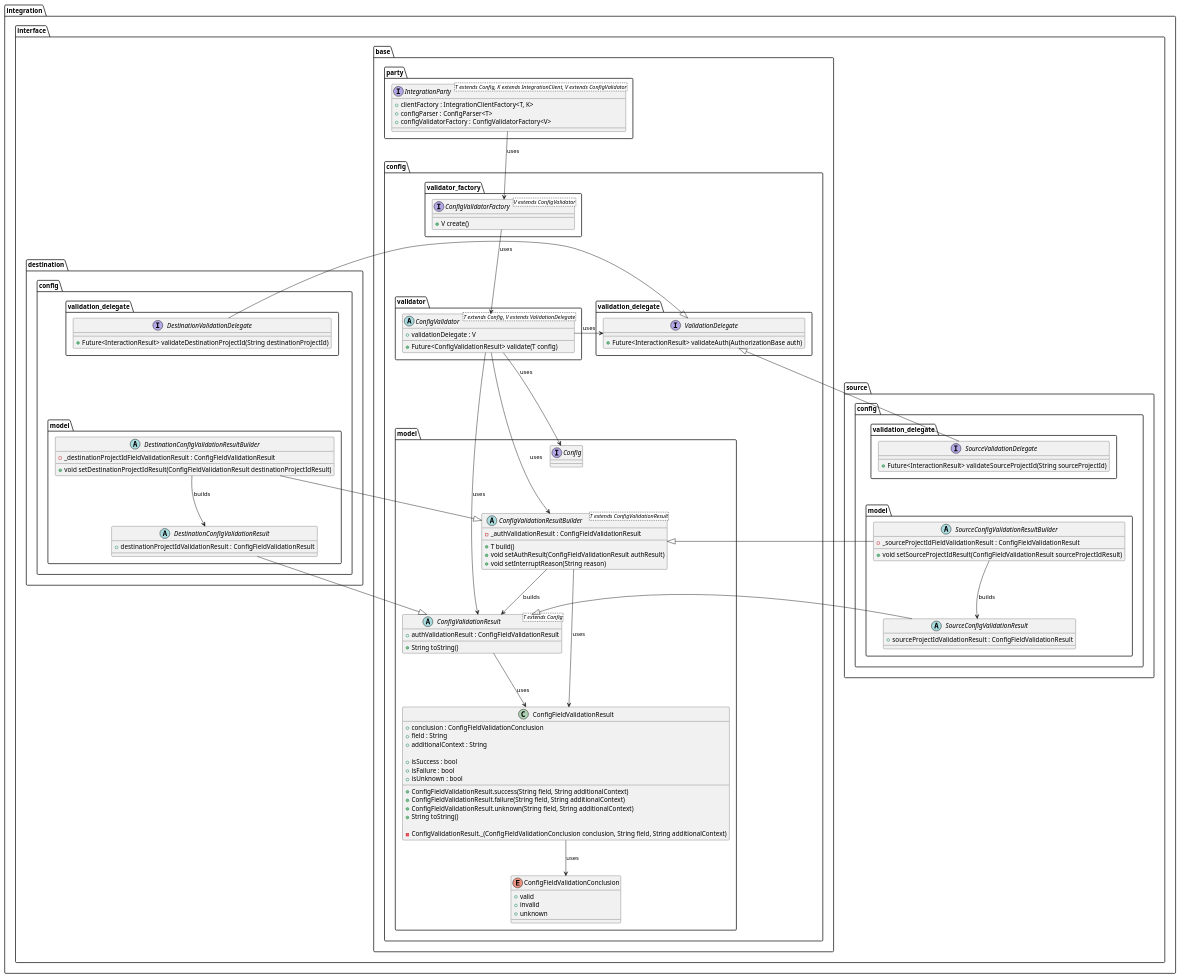
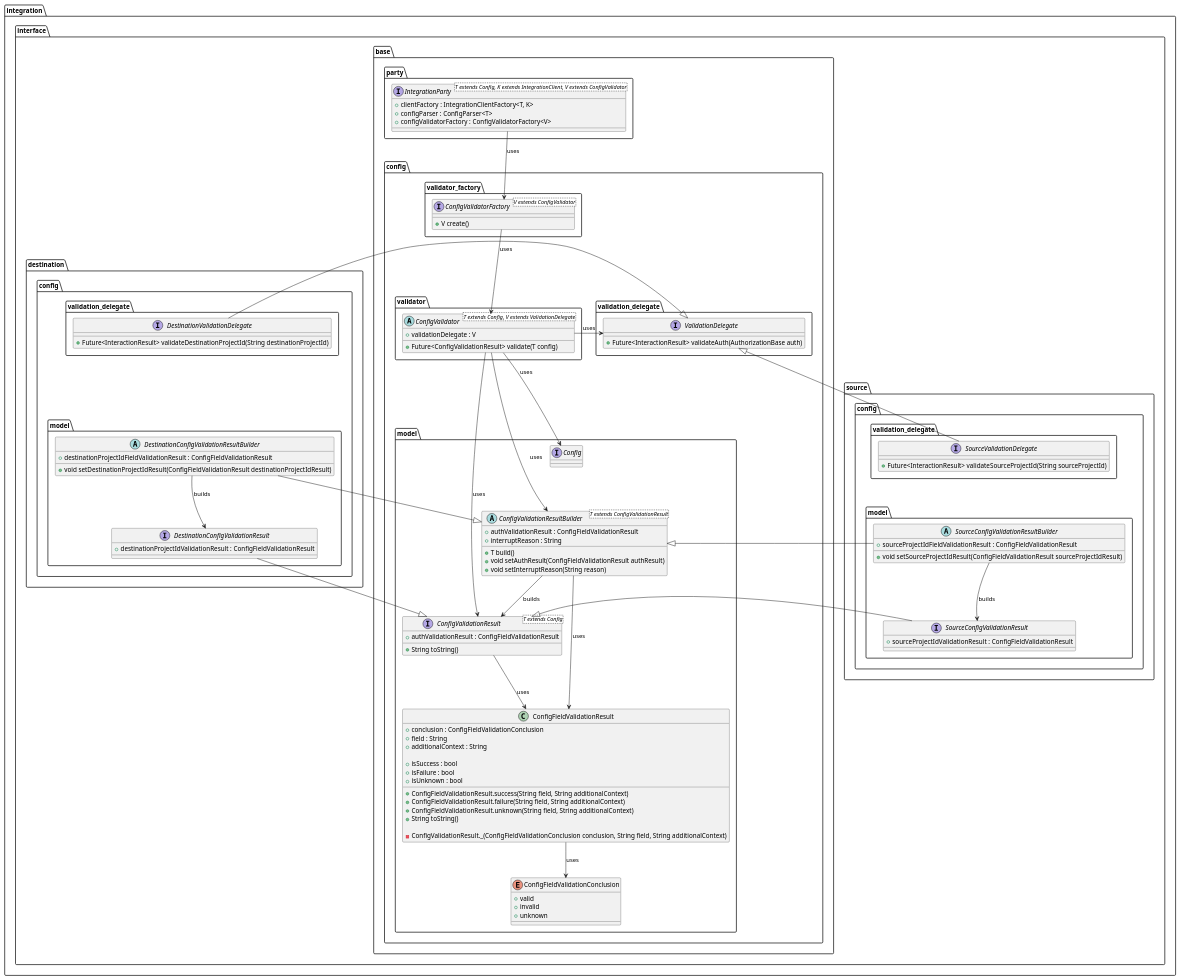
Before and after one commit to Flank/flank-dashboard: the diagram in metrics/ci_integrations/docs/diagrams/ci_integrations_config_validator_interfaces_class_diagram.puml, drawn with PlantUML.

Commit message:
Update private fields to be public, change some abstract classes to interfaces

```diff
--- a/metrics/ci_integrations/docs/diagrams/ci_integrations_config_validator_interfaces_class_diagram.puml
+++ b/metrics/ci_integrations/docs/diagrams/ci_integrations_config_validator_interfaces_class_diagram.puml
@@ -1,151 +1,152 @@
 @startuml ci_integrations_config_validator_class_diagram
 
     package integration.interface {
         package base {
             package party {
                 interface IntegrationParty<T extends Config, K extends IntegrationClient, V extends ConfigValidator> {
                     + clientFactory : IntegrationClientFactory<T, K>
                     + configParser : ConfigParser<T>
                     + configValidatorFactory : ConfigValidatorFactory<V>
                 }
             }
 
             package config {
                 package model {
                     interface Config {}
 
                     abstract class ConfigValidationResultBuilder<T extends ConfigValidationResult> {
-                        - _authValidationResult : ConfigFieldValidationResult
+                        + authValidationResult : ConfigFieldValidationResult
+                        + interruptReason : String
 
                         + T build()
                         + void setAuthResult(ConfigFieldValidationResult authResult)
                         + void setInterruptReason(String reason)
                     }
 
-                    abstract class ConfigValidationResult<T extends Config> {
+                    interface ConfigValidationResult<T extends Config> {
                         + authValidationResult : ConfigFieldValidationResult
 
                         + String toString()
                     }
 
                     enum ConfigFieldValidationConclusion {
                         + valid
                         + invalid
                         + unknown
                     }
 
                     class ConfigFieldValidationResult {
                         + conclusion : ConfigFieldValidationConclusion
                         + field : String
                         + additionalContext : String
 
                         + isSuccess : bool
                         + isFailure : bool
                         + isUnknown : bool
 
                         + ConfigFieldValidationResult.success(String field, String additionalContext)
                         + ConfigFieldValidationResult.failure(String field, String additionalContext)
                         + ConfigFieldValidationResult.unknown(String field, String additionalContext)
                         + String toString()
 
                         - ConfigValidationResult._(ConfigFieldValidationConclusion conclusion, String field, String additionalContext)
                     }
                 }
 
                 package validator {
                     abstract class ConfigValidator<T extends Config, V extends ValidationDelegate> {
                         + validationDelegate : V
 
                         + Future<ConfigValidationResult> validate(T config)
                     }
                 }
 
                 package validation_delegate as base_validation_delegate {
                     interface ValidationDelegate {
                         + Future<InteractionResult> validateAuth(AuthorizationBase auth)
                     }
                 }
 
                 package validator_factory {
                     interface ConfigValidatorFactory<V extends ConfigValidator> {
                         + V create()
                     }
                 }
             }
         }
         
         package source.config {
             package validation_delegate as source_validation_delegate {
                 interface SourceValidationDelegate {
                     + Future<InteractionResult> validateSourceProjectId(String sourceProjectId)
                 }
             }
 
             package model as source_model {
-                abstract class SourceConfigValidationResult {
+                interface SourceConfigValidationResult {
                     + sourceProjectIdValidationResult : ConfigFieldValidationResult
                 }
 
                 abstract class SourceConfigValidationResultBuilder {
-                    - _sourceProjectIdFieldValidationResult : ConfigFieldValidationResult
+                    + sourceProjectIdFieldValidationResult : ConfigFieldValidationResult
 
                     + void setSourceProjectIdResult(ConfigFieldValidationResult sourceProjectIdResult)
                 }
             }
         }
 
         package destination.config {
             package validation_delegate as destination_validation_delegate {
                 interface DestinationValidationDelegate {
                     + Future<InteractionResult> validateDestinationProjectId(String destinationProjectId)
                 }
             }
 
             package model as destination_model {
-                abstract class DestinationConfigValidationResult {
+                interface DestinationConfigValidationResult {
                     + destinationProjectIdValidationResult : ConfigFieldValidationResult
                 }
 
                 abstract class DestinationConfigValidationResultBuilder {
-                    - _destinationProjectIdFieldValidationResult : ConfigFieldValidationResult
+                    + destinationProjectIdFieldValidationResult : ConfigFieldValidationResult
 
                     + void setDestinationProjectIdResult(ConfigFieldValidationResult destinationProjectIdResult)
                 }
             }
         }
     }
 
     IntegrationParty --> ConfigValidatorFactory : uses
 
     ConfigValidatorFactory --> ConfigValidator : uses
 
-    ConfigValidator -right-> ValidationDelegate : uses
+    ConfigValidator -left-> ValidationDelegate : uses
     ConfigValidator --> ConfigValidationResult : uses
     ConfigValidator --> ConfigValidationResultBuilder : uses
     ConfigValidator --> Config : uses
 
     ConfigValidationResultBuilder --> ConfigValidationResult : builds
     ConfigValidationResultBuilder --> ConfigFieldValidationResult : uses
 
     ConfigValidationResult --> ConfigFieldValidationResult : uses
 
     ConfigFieldValidationResult --> ConfigFieldValidationConclusion : uses
 
     SourceValidationDelegate -left-|> ValidationDelegate
     DestinationValidationDelegate -right-|> ValidationDelegate
 
     SourceConfigValidationResult -left-|> ConfigValidationResult
     DestinationConfigValidationResult -right-|> ConfigValidationResult
 
     SourceConfigValidationResultBuilder -left-|> ConfigValidationResultBuilder
     DestinationConfigValidationResultBuilder -right-|> ConfigValidationResultBuilder
 
     SourceConfigValidationResultBuilder -down-> SourceConfigValidationResult : builds
     DestinationConfigValidationResultBuilder -down-> DestinationConfigValidationResult : builds
 
     Config -[hidden]down-> ConfigValidationResultBuilder
     DestinationValidationDelegate -[hidden]down-> DestinationConfigValidationResultBuilder
     SourceValidationDelegate -[hidden]down-> SourceConfigValidationResultBuilder
     SourceConfigValidationResultBuilder -[hidden]down-> SourceConfigValidationResult
     DestinationConfigValidationResultBuilder -[hidden]down-> DestinationConfigValidationResult
 @enduml
```
